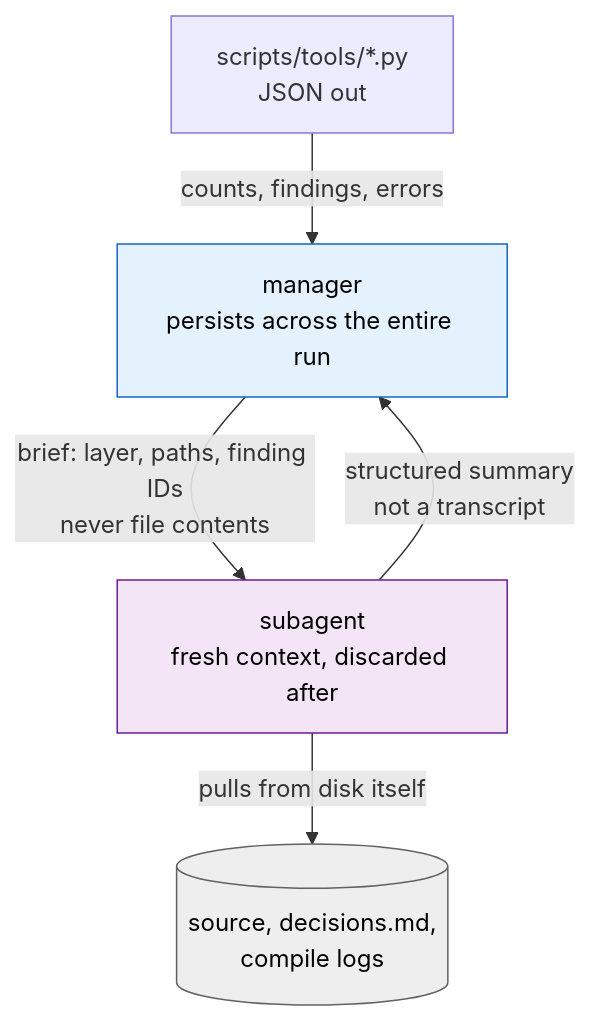
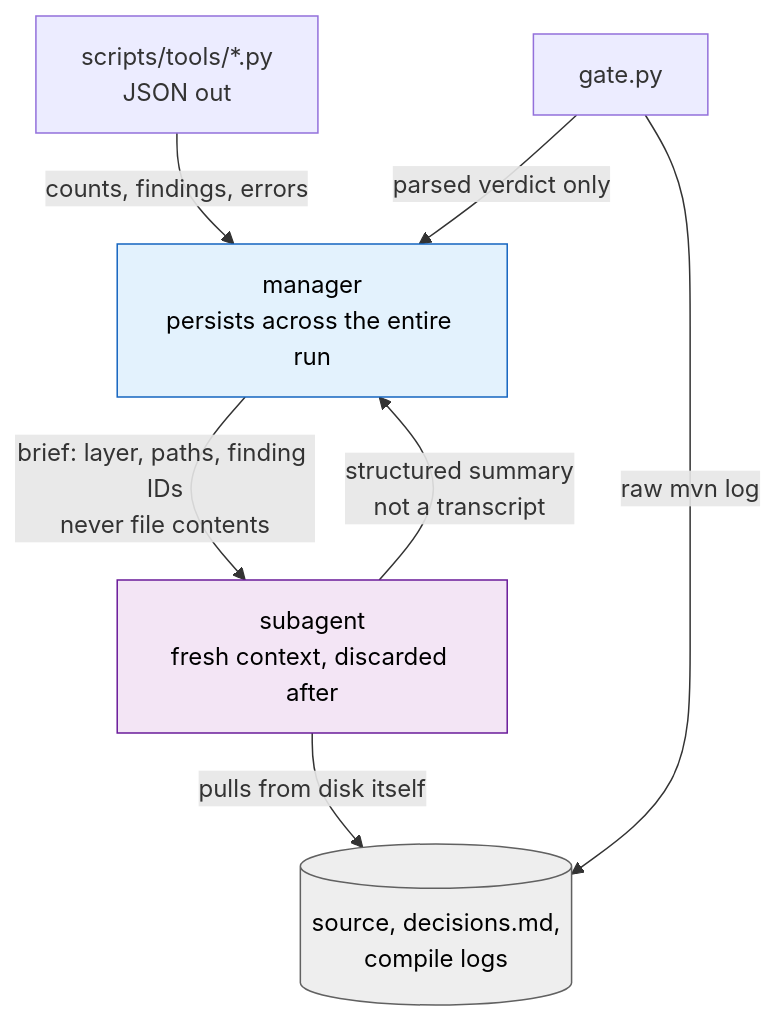
The fifth of 6 diagrams in docs/FLOW.md (skarin7/play-to-springboot), drawn with Mermaid before and after one commit. The commit also changed other lines of this file and 20 other files, not shown here.

````diff
--- a/docs/FLOW.md
+++ b/docs/FLOW.md
@@ -214,14 +243,16 @@
 ```mermaid
 flowchart TD
     MGR["manager<br/>persists across the entire run"]
 
     MGR -->|"brief: layer, paths, finding IDs<br/>never file contents"| SUB["subagent<br/>fresh context, discarded after"]
     SUB -->|"pulls from disk itself"| DISK[("source, decisions.md,<br/>compile logs")]
     SUB -->|"structured summary<br/>not a transcript"| MGR
 
     TOOLS["scripts/tools/*.py<br/>JSON out"] -->|"counts, findings, errors"| MGR
+    GATE["gate.py"] -->|"raw mvn log"| DISK
+    GATE -->|"parsed verdict only"| MGR
 
     style MGR fill:#e3f2fd,stroke:#1565c0,color:#000
     style SUB fill:#f3e5f5,stroke:#6a1b9a,color:#000
     style DISK fill:#eeeeee,stroke:#616161,color:#000
 ```
````
